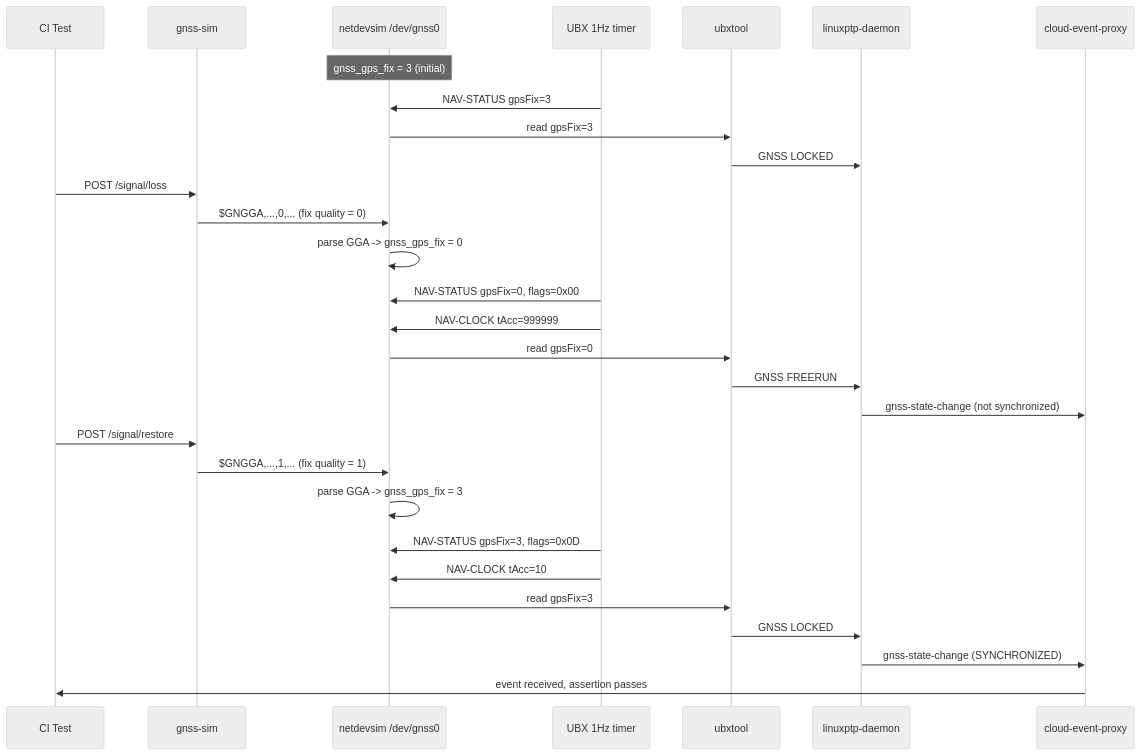
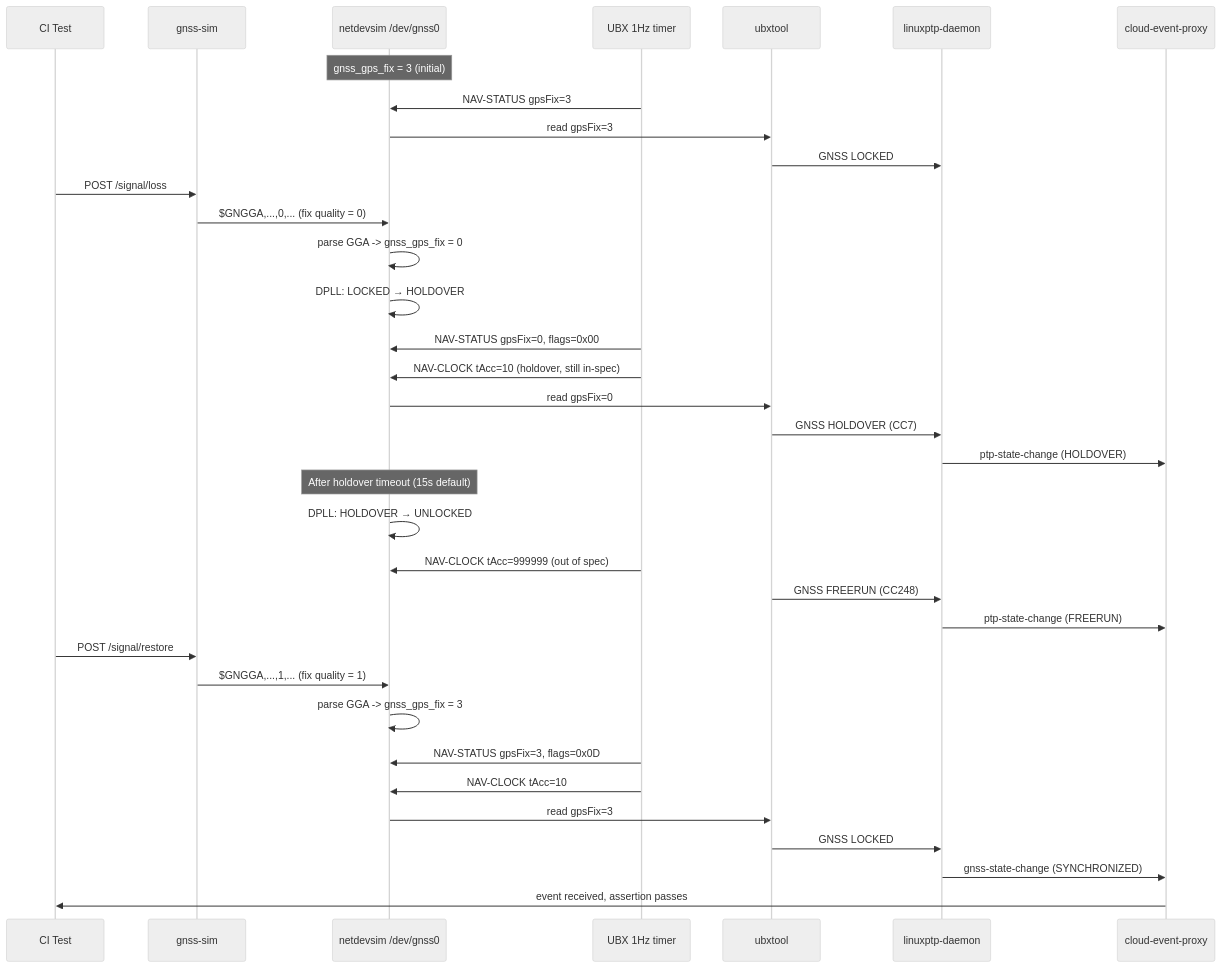
Before and after one commit to bnshr/ptp-operator: the seventh of 12 diagrams in docs/netdevsim-ptp-simulation.md, drawn with Mermaid (neutral theme). The commit also changed other lines of this file and 1 other file, not shown here.

First line of the commit message:
fix: collect all events in GNSS loss/recovery test to handle GM/BC mixing

````diff
--- a/docs/netdevsim-ptp-simulation.md
+++ b/docs/netdevsim-ptp-simulation.md
@@ -332,34 +342,40 @@
 ```mermaid
 sequenceDiagram
     participant Test as CI Test
     participant Sim as gnss-sim
     participant Kernel as netdevsim /dev/gnss0
     participant Timer as UBX 1Hz timer
     participant UBX as ubxtool
     participant Daemon as linuxptp-daemon
     participant Events as cloud-event-proxy
 
     Note over Kernel: gnss_gps_fix = 3 (initial)
     Timer->>Kernel: NAV-STATUS gpsFix=3
     Kernel->>UBX: read gpsFix=3
     UBX->>Daemon: GNSS LOCKED
 
     Test->>Sim: POST /signal/loss
     Sim->>Kernel: $GNGGA,...,0,...  (fix quality = 0)
     Kernel->>Kernel: parse GGA -> gnss_gps_fix = 0
+    Kernel->>Kernel: DPLL: LOCKED → HOLDOVER
     Timer->>Kernel: NAV-STATUS gpsFix=0, flags=0x00
-    Timer->>Kernel: NAV-CLOCK tAcc=999999
+    Timer->>Kernel: NAV-CLOCK tAcc=10 (holdover, still in-spec)
     Kernel->>UBX: read gpsFix=0
-    UBX->>Daemon: GNSS FREERUN
-    Daemon->>Events: gnss-state-change (not synchronized)
+    UBX->>Daemon: GNSS HOLDOVER (CC7)
+    Daemon->>Events: ptp-state-change (HOLDOVER)
+    Note over Kernel: After holdover timeout (15s default)
+    Kernel->>Kernel: DPLL: HOLDOVER → UNLOCKED
+    Timer->>Kernel: NAV-CLOCK tAcc=999999 (out of spec)
+    UBX->>Daemon: GNSS FREERUN (CC248)
+    Daemon->>Events: ptp-state-change (FREERUN)
 
     Test->>Sim: POST /signal/restore
     Sim->>Kernel: $GNGGA,...,1,...  (fix quality = 1)
     Kernel->>Kernel: parse GGA -> gnss_gps_fix = 3
     Timer->>Kernel: NAV-STATUS gpsFix=3, flags=0x0D
     Timer->>Kernel: NAV-CLOCK tAcc=10
     Kernel->>UBX: read gpsFix=3
     UBX->>Daemon: GNSS LOCKED
     Daemon->>Events: gnss-state-change (SYNCHRONIZED)
     Events->>Test: event received, assertion passes
 ```
````
